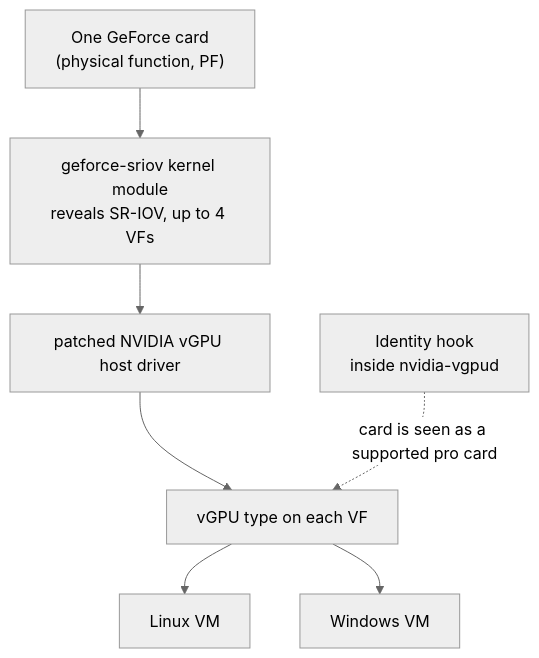
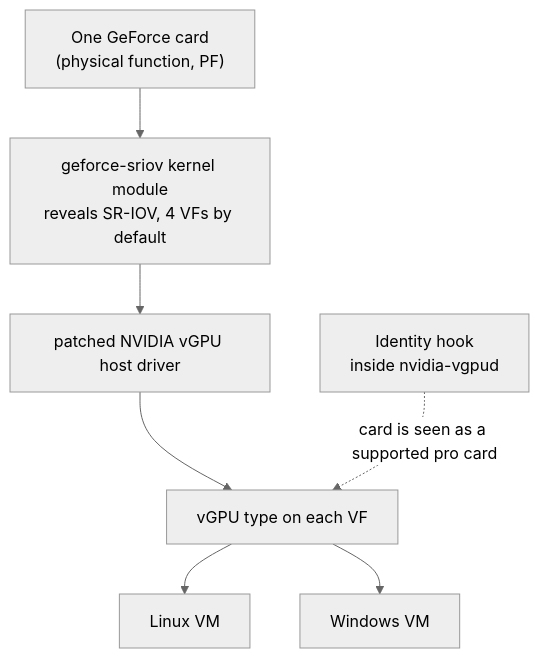
The third of 3 diagrams in README.md (noon-at-cgn/geforce-sriov), drawn with Mermaid (neutral theme) before and after one commit. The commit also changed other lines of this file and 9 other files, not shown here.

````diff
--- a/README.md
+++ b/README.md
@@ -223,14 +223,14 @@
 ```mermaid
 flowchart TD
     GPU["One GeForce card<br/>(physical function, PF)"]
-    MOD["geforce-sriov kernel module<br/>reveals SR-IOV, up to 4 VFs"]
+    MOD["geforce-sriov kernel module<br/>reveals SR-IOV, 4 VFs by default"]
     DRV["patched NVIDIA vGPU host driver"]
     HOOK["Identity hook<br/>inside nvidia-vgpud"]
     TYPES["vGPU type on each VF"]
     LVM["Linux VM"]
     WVM["Windows VM"]
     GPU --> MOD --> DRV --> TYPES
     HOOK -.->|"card is seen as a supported pro card"| TYPES
     TYPES --> LVM
     TYPES --> WVM
 ```
````
